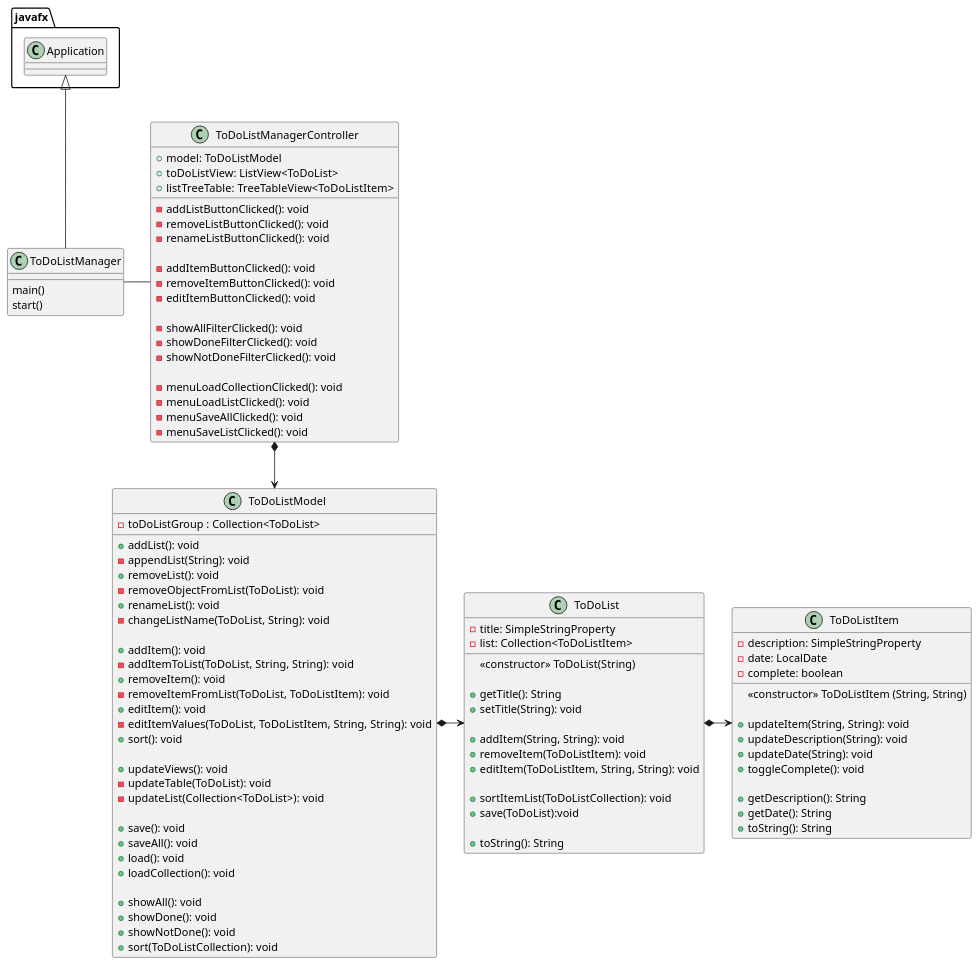
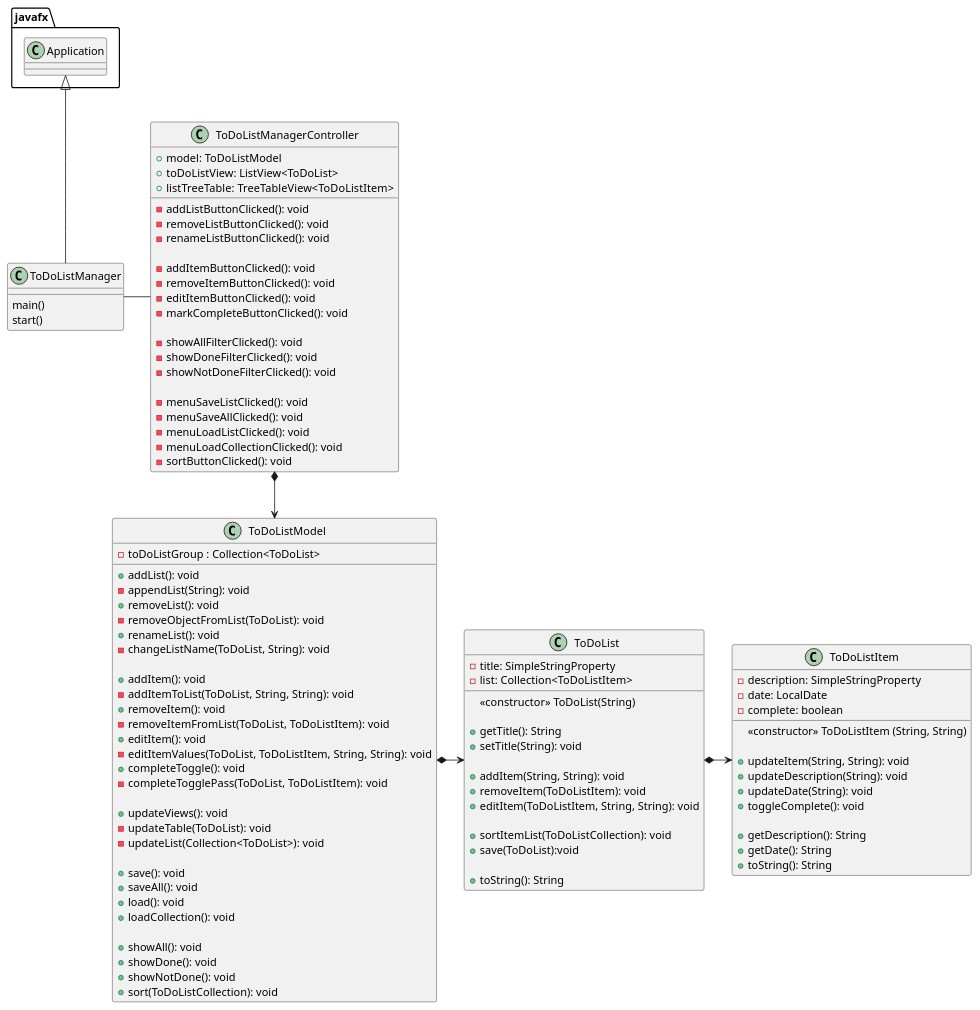
The diagram in uml/ToDoListManager.puml (GSabiniPanini/little-cop3330-assignment4), drawn with PlantUML before and after one commit. The commit also changed 5 other files, not shown here.

```diff
--- a/uml/ToDoListManager.puml
+++ b/uml/ToDoListManager.puml
@@ -1,107 +1,110 @@
 @startuml
 'https://plantuml.com/class-diagram'
 
 class ToDoListManager {
     main()
     start()
 }
 
 class ToDoListManagerController {
     + model: ToDoListModel
     + toDoListView: ListView<ToDoList>
     + listTreeTable: TreeTableView<ToDoListItem>
 
     - addListButtonClicked(): void
     - removeListButtonClicked(): void
     - renameListButtonClicked(): void
 
     - addItemButtonClicked(): void
     - removeItemButtonClicked(): void
     - editItemButtonClicked(): void
+    - markCompleteButtonClicked(): void
 
     - showAllFilterClicked(): void
     - showDoneFilterClicked(): void
     - showNotDoneFilterClicked(): void
 
+    - menuSaveListClicked(): void
+    - menuSaveAllClicked(): void
+    - menuLoadListClicked(): void
     - menuLoadCollectionClicked(): void
-    - menuLoadListClicked(): void
-    - menuSaveAllClicked(): void
-    - menuSaveListClicked(): void
+    - sortButtonClicked(): void
 }
 
 class ToDoListModel {
     - toDoListGroup : Collection<ToDoList>
 
     + addList(): void
     - appendList(String): void
     + removeList(): void
     - removeObjectFromList(ToDoList): void
     + renameList(): void
     - changeListName(ToDoList, String): void
 
     + addItem(): void
     - addItemToList(ToDoList, String, String): void
     + removeItem(): void
     - removeItemFromList(ToDoList, ToDoListItem): void
     + editItem(): void
     - editItemValues(ToDoList, ToDoListItem, String, String): void
-    + sort(): void
+    + completeToggle(): void
+    - completeTogglePass(ToDoList, ToDoListItem): void
 
     + updateViews(): void
     - updateTable(ToDoList): void
     - updateList(Collection<ToDoList>): void
 
     + save(): void
     + saveAll(): void
     + load(): void
     + loadCollection(): void
 
     + showAll(): void
     + showDone(): void
     + showNotDone(): void
     + sort(ToDoListCollection): void
 }
 
 class ToDoList {
     - title: SimpleStringProperty
     - list: Collection<ToDoListItem>
 
     <<constructor>> ToDoList(String)
 
     + getTitle(): String
     + setTitle(String): void
 
     + addItem(String, String): void
     + removeItem(ToDoListItem): void
     + editItem(ToDoListItem, String, String): void
 
     + sortItemList(ToDoListCollection): void
     + save(ToDoList):void
 
     + toString(): String
 }
 
 class ToDoListItem {
     - description: SimpleStringProperty
     - date: LocalDate
     - complete: boolean
 
     <<constructor>> ToDoListItem (String, String)
 
     + updateItem(String, String): void
     + updateDescription(String): void
     + updateDate(String): void
     + toggleComplete(): void
 
     + getDescription(): String
     + getDate(): String
     + toString(): String
 }
 
 javafx.Application <|-- ToDoListManager
 ToDoListManager - ToDoListManagerController
 ToDoListManagerController *--> ToDoListModel
 ToDoListModel *-> ToDoList
 ToDoList *-> ToDoListItem
 
 @enduml
```
